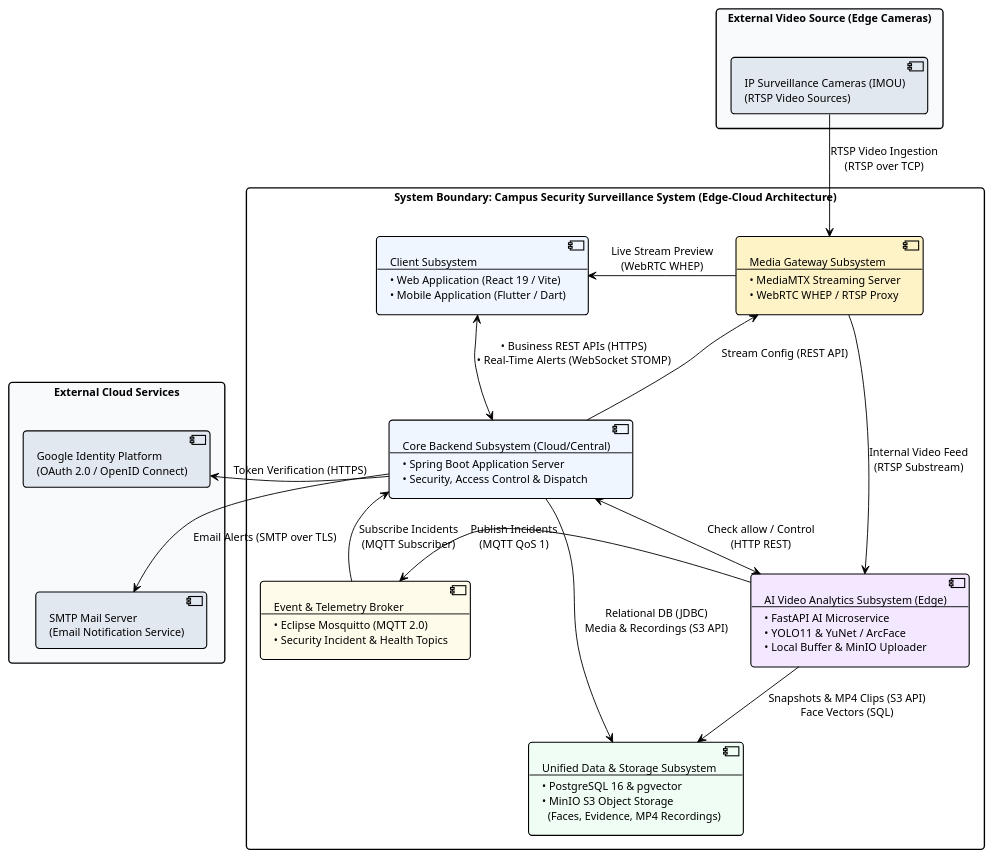
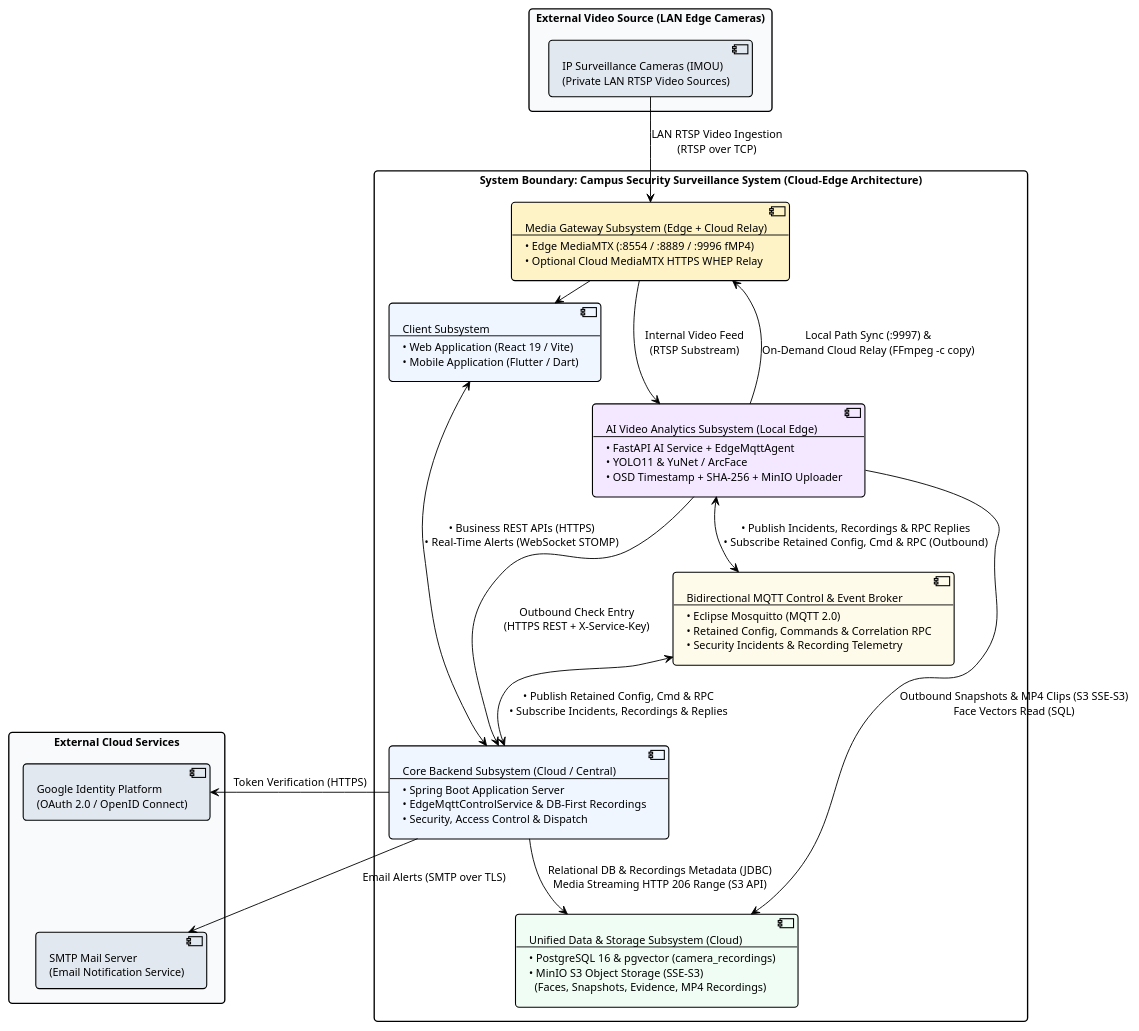
One commit to AnhHao2505/AI-Based-Intelligent-Campus-Security-Surveillance-System changed the diagram in docs/diagrams/system_architecture.puml. Above: the diagram before and after it, drawn with PlantUML. The commit also changed 48 other files, not shown here.

Commit message:
Edge-cloud refactor

```diff
--- a/docs/diagrams/system_architecture.puml
+++ b/docs/diagrams/system_architecture.puml
@@ -1,90 +1,90 @@
 @startuml system_architecture
 !theme plain
 skinparam backgroundColor #FFFFFF
 skinparam defaultFontName Arial
 skinparam defaultFontSize 12
 skinparam roundCorner 8
 skinparam shadowing false
 skinparam packageStyle rectangle
 
 skinparam nodesep 50
 skinparam ranksep 50
 
 skinparam rectangle {
     BorderThickness 1.5
 }
 
 skinparam component {
     BorderThickness 1.2
 }
 
 ' ============================================================================
 ' 1. EXTERNAL VIDEO SOURCE (TOP)
 ' ============================================================================
-package "External Video Source (Edge Cameras)" as ExtSources #F8FAFC {
-    component "IP Surveillance Cameras (IMOU)\n(RTSP Video Sources)" as ExtCameras #E2E8F0
+package "External Video Source (LAN Edge Cameras)" as ExtSources #F8FAFC {
+    component "IP Surveillance Cameras (IMOU)\n(Private LAN RTSP Video Sources)" as ExtCameras #E2E8F0
 }
 
 ' ============================================================================
-' 2. SYSTEM BOUNDARY: CAMPUS SECURITY SURVEILLANCE SYSTEM (EDGE-CLOUD READY)
+' 2. SYSTEM BOUNDARY: CAMPUS SECURITY SURVEILLANCE SYSTEM (CLOUD-EDGE)
 ' ============================================================================
-package "System Boundary: Campus Security Surveillance System (Edge-Cloud Architecture)" as SysBoundary #FFFFFF {
+package "System Boundary: Campus Security Surveillance System (Cloud-Edge Architecture)" as SysBoundary #FFFFFF {
 
     ' Top Tier: Ingestion & Presentation
-    component "Media Gateway Subsystem\n--\n• MediaMTX Streaming Server\n• WebRTC WHEP / RTSP Proxy" as MediaGateway #FEF3C7
-    
+    component "Media Gateway Subsystem (Edge + Cloud Relay)\n--\n• Edge MediaMTX (:8554 / :8889 / :9996 fMP4)\n• Optional Cloud MediaMTX HTTPS WHEP Relay" as MediaGateway #FEF3C7
+
     component "Client Subsystem\n--\n• Web Application (React 19 / Vite)\n• Mobile Application (Flutter / Dart)" as ClientSubsys #EFF6FF
 
     ' Middle Tier: Processing & Event Pipeline
-    component "AI Video Analytics Subsystem (Edge)\n--\n• FastAPI AI Microservice\n• YOLO11 & YuNet / ArcFace\n• Local Buffer & MinIO Uploader" as AISubsys #F3E8FF
+    component "AI Video Analytics Subsystem (Local Edge)\n--\n• FastAPI AI Service + EdgeMqttAgent\n• YOLO11 & YuNet / ArcFace\n• OSD Timestamp + SHA-256 + MinIO Uploader" as AISubsys #F3E8FF
 
-    component "Event & Telemetry Broker\n--\n• Eclipse Mosquitto (MQTT 2.0)\n• Security Incident & Health Topics" as MqttSubsys #FFFBEB
+    component "Bidirectional MQTT Control & Event Broker\n--\n• Eclipse Mosquitto (MQTT 2.0)\n• Retained Config, Commands & Correlation RPC\n• Security Incidents & Recording Telemetry" as MqttSubsys #FFFBEB
 
-    component "Core Backend Subsystem (Cloud/Central)\n--\n• Spring Boot Application Server\n• Security, Access Control & Dispatch" as BackendSubsys #EFF6FF
+    component "Core Backend Subsystem (Cloud / Central)\n--\n• Spring Boot Application Server\n• EdgeMqttControlService & DB-First Recordings\n• Security, Access Control & Dispatch" as BackendSubsys #EFF6FF
 
     ' Bottom Tier: Persistence & Storage
-    component "Unified Data & Storage Subsystem\n--\n• PostgreSQL 16 & pgvector\n• MinIO S3 Object Storage\n  (Faces, Evidence, MP4 Recordings)" as StorageSubsys #F0FDF4
+    component "Unified Data & Storage Subsystem (Cloud)\n--\n• PostgreSQL 16 & pgvector (camera_recordings)\n• MinIO S3 Object Storage (SSE-S3)\n  (Faces, Snapshots, Evidence, MP4 Recordings)" as StorageSubsys #F0FDF4
 }
 
 ' ============================================================================
 ' 3. EXTERNAL CLOUD SERVICES (RIGHT - VERTICAL ALIGNMENT)
 ' ============================================================================
 package "External Cloud Services" as ExtServices #F8FAFC {
     component "Google Identity Platform\n(OAuth 2.0 / OpenID Connect)" as ExtGoogle #E2E8F0
     component "SMTP Mail Server\n(Email Notification Service)" as ExtMail #E2E8F0
 }
 
 ' Enforce vertical stacking for External Cloud Services
 ExtGoogle -[hidden]down-> ExtMail
 
 ' ============================================================================
-' STREAMLINED DATA FLOWS & PROTOCOLS
+' STREAMLINED DATA FLOWS & PROTOCOLS (100% OUTBOUND-ONLY FROM EDGE)
 ' ============================================================================
 
 ' 1. Video Ingestion from Top into System Boundary
-ExtCameras -down-> MediaGateway : "RTSP Video Ingestion\n(RTSP over TCP)"
+ExtCameras -down-> MediaGateway : "LAN RTSP Video Ingestion\n(RTSP over TCP)"
 
 ' 2. Media Streaming & Client Distribution
-MediaGateway -right-> ClientSubsys : "Live Stream Preview\n(WebRTC WHEP)"
+MediaGateway -right-> ClientSubsys : "Dual-Endpoint Live Preview\n(LAN WHEP / Cloud HTTPS WHEP)"
 MediaGateway -down-> AISubsys : "Internal Video Feed\n(RTSP Substream)"
+AISubsys -up-> MediaGateway : "Local Path Sync (:9997) &\nOn-Demand Cloud Relay (FFmpeg -c copy)"
 
 ' 3. Client & Core Backend Communication
 ClientSubsys <--> BackendSubsys : "• Business REST APIs (HTTPS)\n• Real-Time Alerts (WebSocket STOMP)"
 
-' 4. Core Backend Management of Video & AI
-BackendSubsys -up-> MediaGateway : "Stream Config (REST API)"
-BackendSubsys <--> AISubsys : "Check allow / Control\n(HTTP REST)"
+' 4. Outbound-Only Edge-to-Cloud Access Check
+AISubsys -right-> BackendSubsys : "Outbound Check Entry\n(HTTPS REST + X-Service-Key)"
 
-' 5. Security Incident Event Pipeline (Edge-to-Cloud via MQTT)
-AISubsys -right-> MqttSubsys : "Publish Incidents\n(MQTT QoS 1)"
-MqttSubsys -right-> BackendSubsys : "Subscribe Incidents\n(MQTT Subscriber)"
+' 5. Bidirectional Outbound-Only MQTT Control & Event Plane
+AISubsys <--> MqttSubsys : "• Publish Incidents, Recordings & RPC Replies\n• Subscribe Retained Config, Cmd & RPC (Outbound)"
+MqttSubsys <--> BackendSubsys : "• Publish Retained Config, Cmd & RPC\n• Subscribe Incidents, Recordings & Replies"
 
 ' 6. Data Persistence & Unified Object Storage
-AISubsys -down-> StorageSubsys : "Snapshots & MP4 Clips (S3 API)\nFace Vectors (SQL)"
-BackendSubsys -down-> StorageSubsys : "Relational DB (JDBC)\nMedia & Recordings (S3 API)"
+AISubsys -down-> StorageSubsys : "Outbound Snapshots & MP4 Clips (S3 SSE-S3)\nFace Vectors Read (SQL)"
+BackendSubsys -down-> StorageSubsys : "Relational DB & Recordings Metadata (JDBC)\nMedia Streaming HTTP 206 Range (S3 API)"
 
 ' 7. External Cloud Integrations (Right side)
 BackendSubsys -right-> ExtGoogle : "Token Verification (HTTPS)"
 BackendSubsys -right-> ExtMail : "Email Alerts (SMTP over TLS)"
 
 @enduml
```
